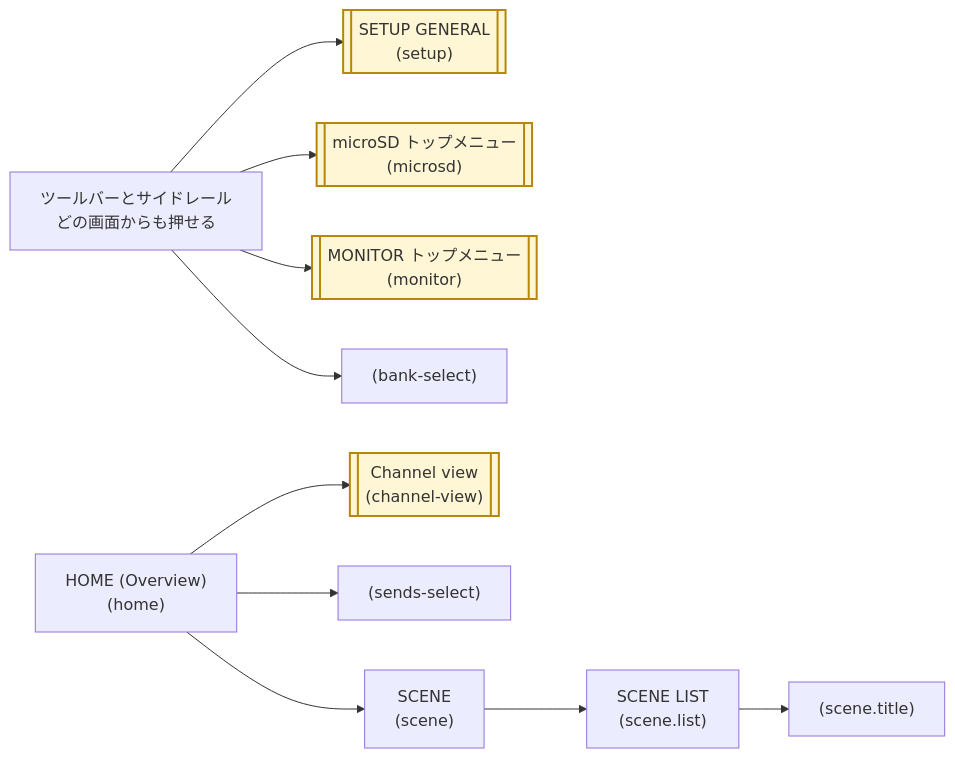
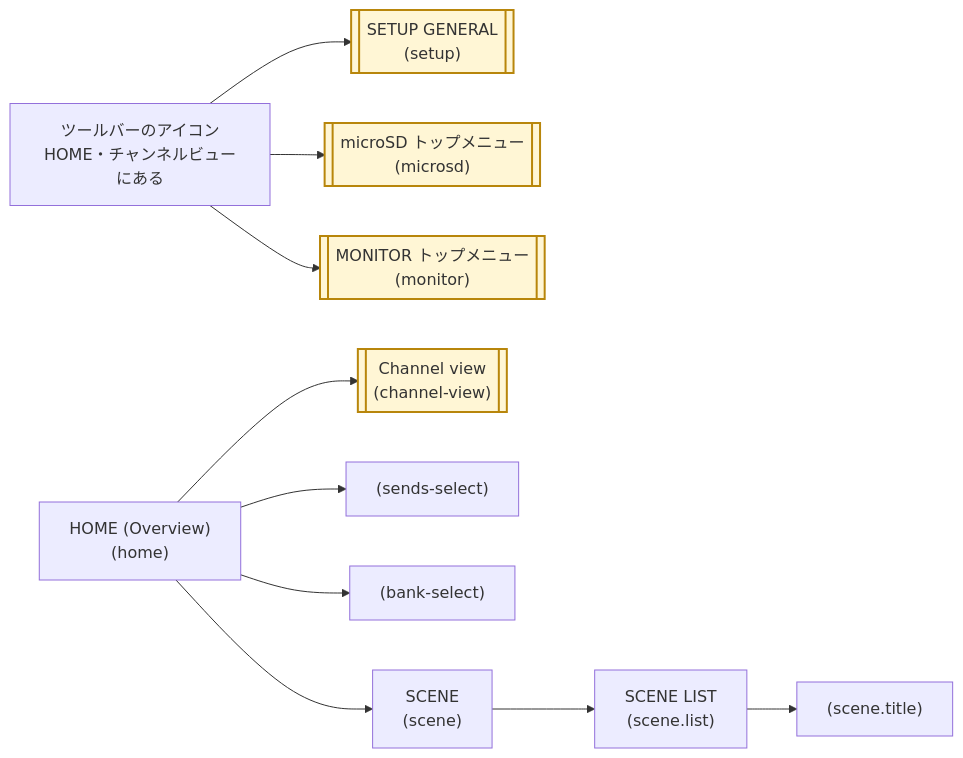
Before and after one commit to semnil/urx-lcd-sim: the first of 3 diagrams in docs/ja/screen-map.md, drawn with Mermaid. The commit also changed other lines of this file and 3 other files, not shown here.

First line of the commit message:
Map SETUP, microSD and MONITOR from the screens whose toolbar icons answer

````diff
--- a/docs/ja/screen-map.md
+++ b/docs/ja/screen-map.md
@@ -12,16 +12,16 @@
 ```mermaid
 flowchart LR
-  RAIL["ツールバーとサイドレール<br>どの画面からも押せる"]
-  RAIL --> SETUP[["SETUP GENERAL<br>(setup)"]]:::ref
-  RAIL --> SD[["microSD トップメニュー<br>(microsd)"]]:::ref
-  RAIL --> MON[["MONITOR トップメニュー<br>(monitor)"]]:::ref
-  RAIL --> BANK["(bank-select)"]
+  ICONS["ツールバーのアイコン<br>HOME・チャンネルビューにある"]
+  ICONS --> SETUP[["SETUP GENERAL<br>(setup)"]]:::ref
+  ICONS --> SD[["microSD トップメニュー<br>(microsd)"]]:::ref
+  ICONS --> MON[["MONITOR トップメニュー<br>(monitor)"]]:::ref
 
   HOME["HOME (Overview)<br>(home)"]
   HOME --> CV[["Channel view<br>(channel-view)"]]:::ref
   HOME --> SENDS["(sends-select)"]
+  HOME --> BANK["(bank-select)"]
   HOME --> SCENE["SCENE<br>(scene)"]
   SCENE --> SLIST["SCENE LIST<br>(scene.list)"]
   SLIST --> STITLE["(scene.title)"]
   classDef ref fill:#fff6d5,stroke:#b8860b,stroke-width:2px;
 ```
````
